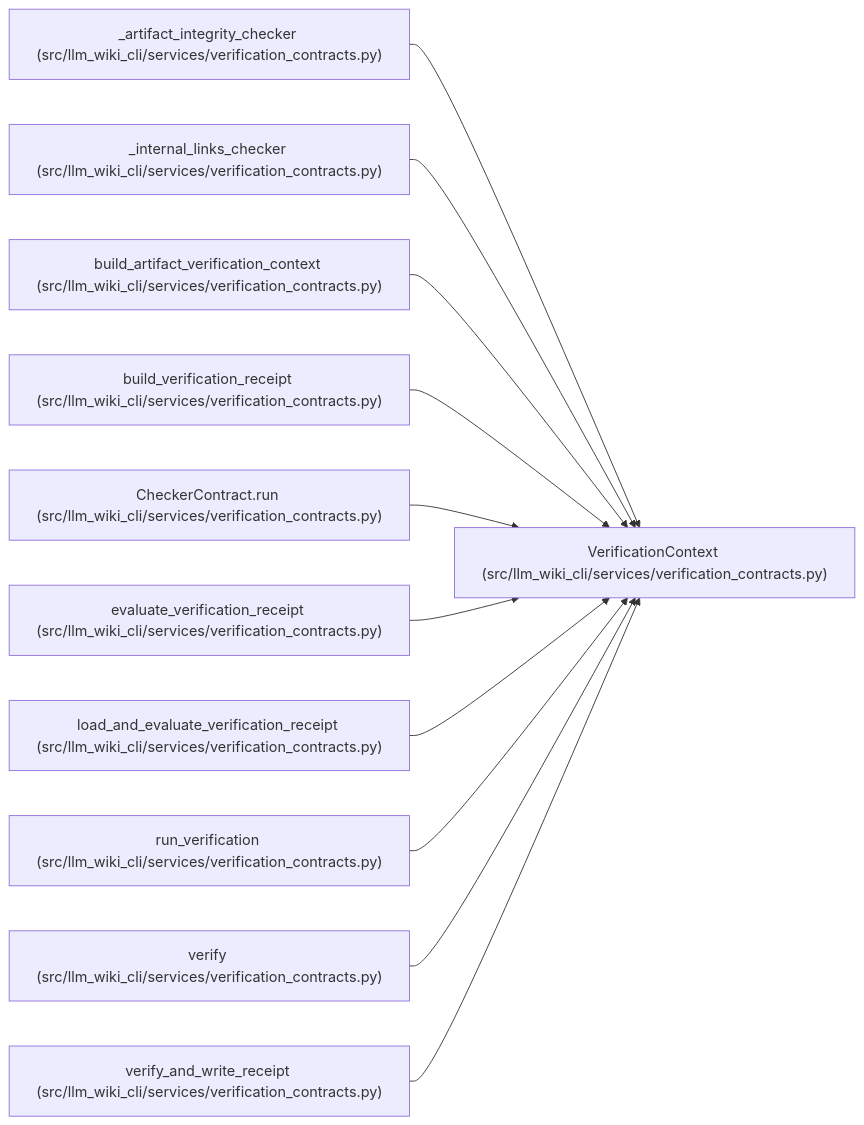
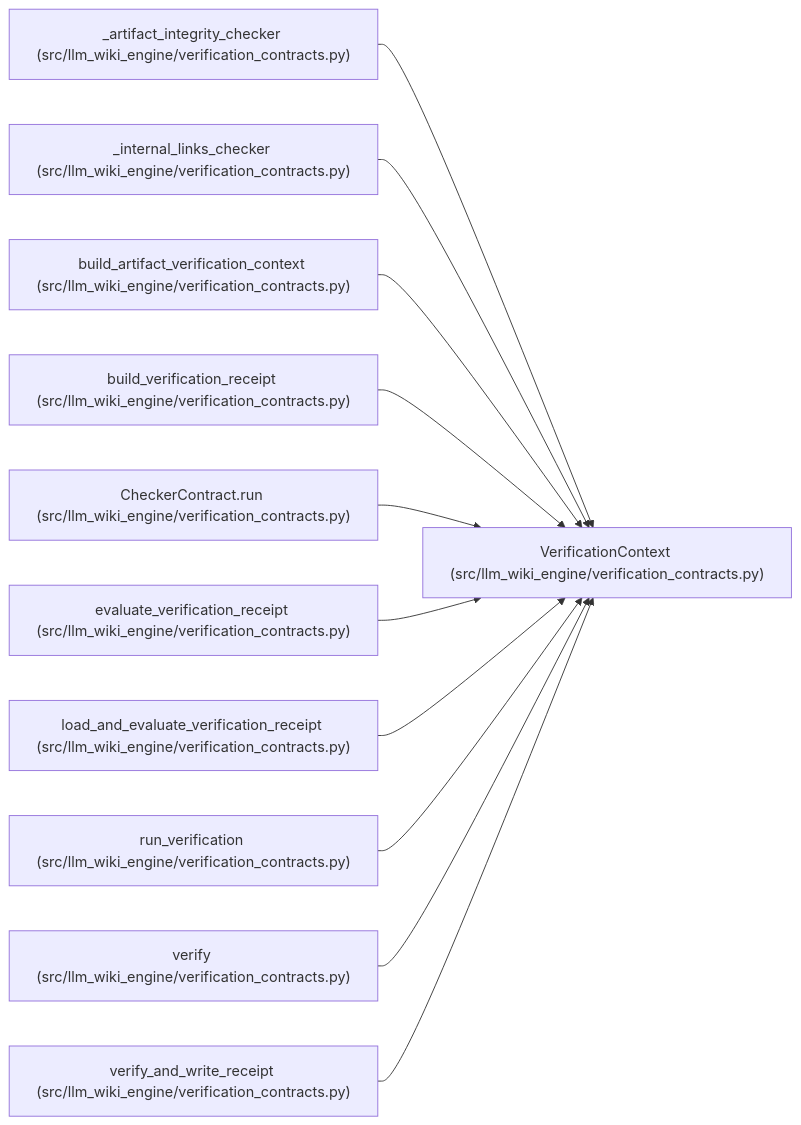
Before and after one commit to Denissvgn/python-wiki-llm: the diagram in docs/llm_wiki/entities/VerificationContext.md, drawn with Mermaid. The commit also changed other lines of this file and 1058 other files, not shown here.

````diff
--- a/docs/llm_wiki/entities/VerificationContext.md
+++ b/docs/llm_wiki/entities/VerificationContext.md
@@ -40,35 +40,35 @@
 ```mermaid
 flowchart LR
-    n0["VerificationContext (src/llm_wiki_cli/services/verification_contracts.py)"]
-    n1["_artifact_integrity_checker (src/llm_wiki_cli/services/verification_contracts.py)"]
-    n2["_internal_links_checker (src/llm_wiki_cli/services/verification_contracts.py)"]
-    n3["build_artifact_verification_context (src/llm_wiki_cli/services/verification_contracts.py)"]
-    n4["build_verification_receipt (src/llm_wiki_cli/services/verification_contracts.py)"]
-    n5["CheckerContract.run (src/llm_wiki_cli/services/verification_contracts.py)"]
-    n6["evaluate_verification_receipt (src/llm_wiki_cli/services/verification_contracts.py)"]
-    n7["load_and_evaluate_verification_receipt (src/llm_wiki_cli/services/verification_contracts.py)"]
-    n8["run_verification (src/llm_wiki_cli/services/verification_contracts.py)"]
-    n9["verify (src/llm_wiki_cli/services/verification_contracts.py)"]
-    n10["verify_and_write_receipt (src/llm_wiki_cli/services/verification_contracts.py)"]
+    n0["VerificationContext (src/llm_wiki_engine/verification_contracts.py)"]
+    n1["_artifact_integrity_checker (src/llm_wiki_engine/verification_contracts.py)"]
+    n2["_internal_links_checker (src/llm_wiki_engine/verification_contracts.py)"]
+    n3["build_artifact_verification_context (src/llm_wiki_engine/verification_contracts.py)"]
+    n4["build_verification_receipt (src/llm_wiki_engine/verification_contracts.py)"]
+    n5["CheckerContract.run (src/llm_wiki_engine/verification_contracts.py)"]
+    n6["evaluate_verification_receipt (src/llm_wiki_engine/verification_contracts.py)"]
+    n7["load_and_evaluate_verification_receipt (src/llm_wiki_engine/verification_contracts.py)"]
+    n8["run_verification (src/llm_wiki_engine/verification_contracts.py)"]
+    n9["verify (src/llm_wiki_engine/verification_contracts.py)"]
+    n10["verify_and_write_receipt (src/llm_wiki_engine/verification_contracts.py)"]
     n1 --> n0
     n2 --> n0
     n3 --> n0
     n4 --> n0
     n5 --> n0
     n6 --> n0
     n7 --> n0
     n8 --> n0
     n9 --> n0
     n10 --> n0
     click n0 "../modules/verification_contracts.md"
     click n1 "../modules/verification_contracts.md"
     click n2 "../modules/verification_contracts.md"
     click n3 "../modules/verification_contracts.md"
     click n4 "../modules/verification_contracts.md"
     click n5 "../modules/verification_contracts.md"
     click n6 "../modules/verification_contracts.md"
     click n7 "../modules/verification_contracts.md"
     click n8 "../modules/verification_contracts.md"
     click n9 "../modules/verification_contracts.md"
     click n10 "../modules/verification_contracts.md"
 ```
````
